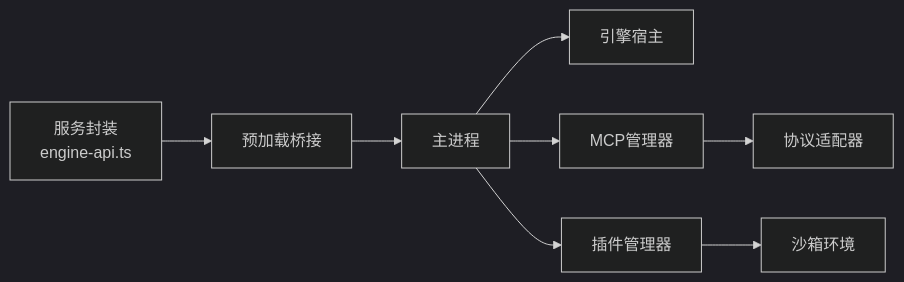
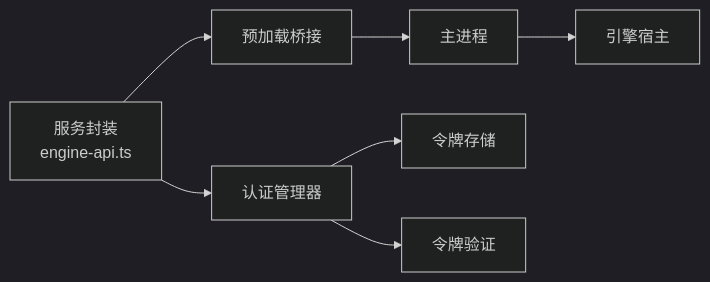
The seventh of 7 diagrams in .qoder/repowiki/zh/content/前端架构/API集成层.md (kkutysllb/KCoder), drawn with Mermaid (dark theme) before and after one commit. The commit also changed other lines of this file and 141 other files, not shown here.

````diff
--- a/.qoder/repowiki/zh/content/前端架构/API集成层.md
+++ b/.qoder/repowiki/zh/content/前端架构/API集成层.md
@@ -272,10 +290,9 @@
 ```mermaid
 graph LR
-Svc["服务封装<br/>engine-api.ts"] --> Pre["预加载桥接"]
+Svc["服务封装<br/>engine-api.ts"] --> Auth["认证管理器"]
+Svc --> Pre["预加载桥接"]
 Pre --> Main["主进程"]
 Main --> Host["引擎宿主"]
-Main --> MCP["MCP管理器"]
-Main --> Plugin["插件管理器"]
-MCP --> Protocol["协议适配器"]
-Plugin --> Sandbox["沙箱环境"]
+Auth --> Storage["令牌存储"]
+Auth --> Validator["令牌验证"]
 ```
````
